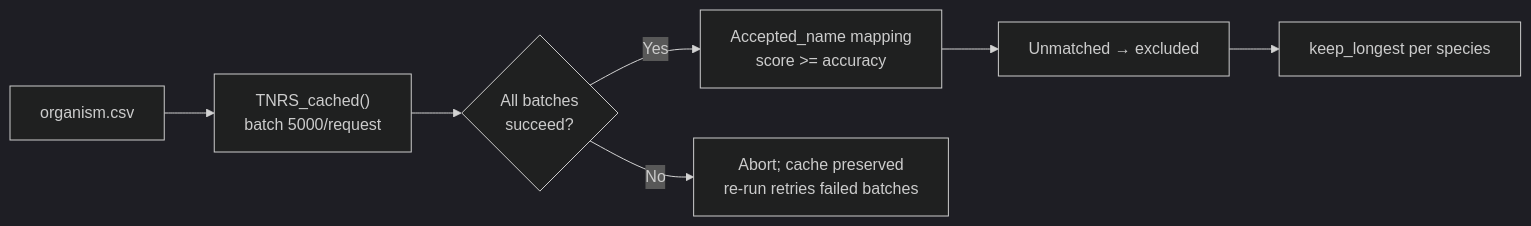
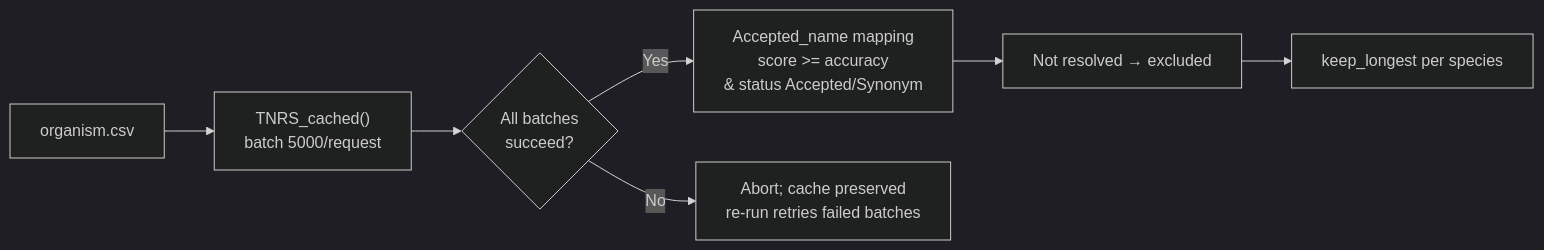
The second of 2 diagrams in src/Chloroplast/README.md (wyx619/PyNCBIminer_NG), drawn with Mermaid (dark theme) before and after one commit. The commit also changed other lines of this file and 9 other files, not shown here.

````diff
--- a/src/Chloroplast/README.md
+++ b/src/Chloroplast/README.md
@@ -146,9 +146,9 @@
 ```mermaid
 flowchart LR
     A["organism.csv"] --> B["TNRS_cached()<br/>batch 5000/request"]
     B --> C{"All batches<br/>succeed?"}
-    C -->|"Yes"| D["Accepted_name mapping<br/>score >= accuracy"]
+    C -->|"Yes"| D["Accepted_name mapping<br/>score >= accuracy<br/>& status Accepted/Synonym"]
     C -->|"No"| E["Abort; cache preserved<br/>re-run retries failed batches"]
-    D --> F["Unmatched → excluded"]
+    D --> F["Not resolved → excluded"]
     F --> G["keep_longest per species"]
 ```
````
